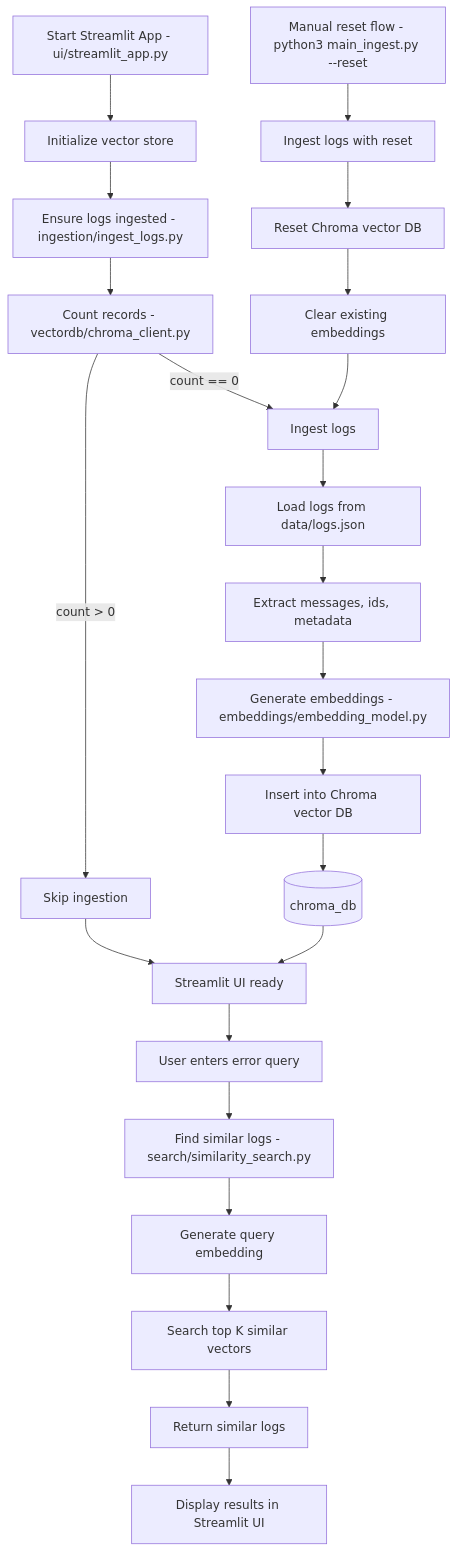
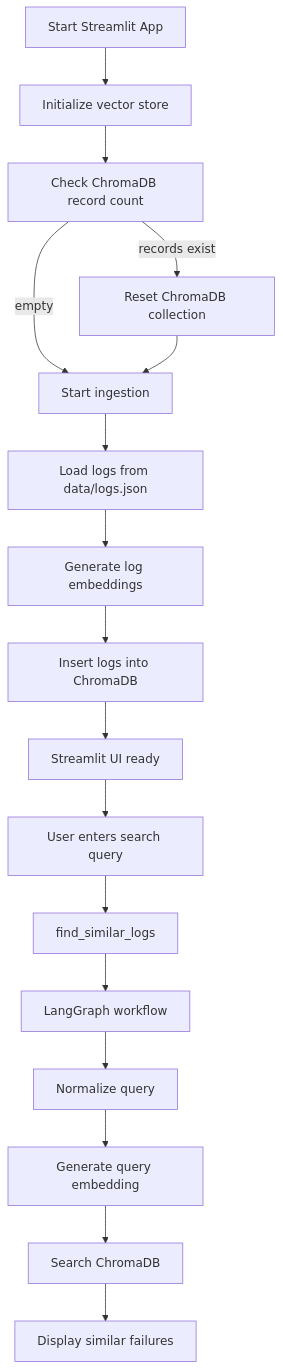
One commit to sandyksharma/ai-rag-poc changed the fourth of 4 diagrams in README.md. Above: the diagram before and after it, drawn with Mermaid. The commit also changed other lines of this file and 1134 other files, not shown here.

````diff
--- a/README.md
+++ b/README.md
@@ -86,30 +530,20 @@
 ```mermaid
 flowchart TD
-    A[Start Streamlit App - ui/streamlit_app.py] --> B[Initialize vector store]
-    B --> C[Ensure logs ingested - ingestion/ingest_logs.py]
-    C --> D[Count records - vectordb/chroma_client.py]
+    A[Start Streamlit App] --> B[Initialize vector store]
+    B --> C[Check ChromaDB record count]
+    C -->|records exist| D[Reset ChromaDB collection]
+    C -->|empty| E[Start ingestion]
+    D --> E
+    E --> F[Load logs from data/logs.json]
+    F --> G[Generate log embeddings]
+    G --> H[Insert logs into ChromaDB]
+    H --> I[Streamlit UI ready]
 
-    D -->|count > 0| E[Skip ingestion]
-    D -->|count == 0| F[Ingest logs]
-
-    F --> G[Load logs from data/logs.json]
-    G --> H[Extract messages, ids, metadata]
-    H --> I[Generate embeddings - embeddings/embedding_model.py]
-    I --> J[Insert into Chroma vector DB]
-    J --> K[(chroma_db)]
-
-    E --> L[Streamlit UI ready]
-    K --> L
-
-    L --> M[User enters error query]
-    M --> N[Find similar logs - search/similarity_search.py]
-    N --> O[Generate query embedding]
-    O --> P[Search top K similar vectors]
-    P --> Q[Return similar logs]
-    Q --> R[Display results in Streamlit UI]
-
-    S[Manual reset flow - python3 main_ingest.py --reset] --> T[Ingest logs with reset]
-    T --> U[Reset Chroma vector DB]
-    U --> V[Clear existing embeddings]
-    V --> F
+    I --> J[User enters search query]
+    J --> K[find_similar_logs]
+    K --> L[LangGraph workflow]
+    L --> M[Normalize query]
+    M --> N[Generate query embedding]
+    N --> O[Search ChromaDB]
+    O --> P[Display similar failures]
 ```
````
